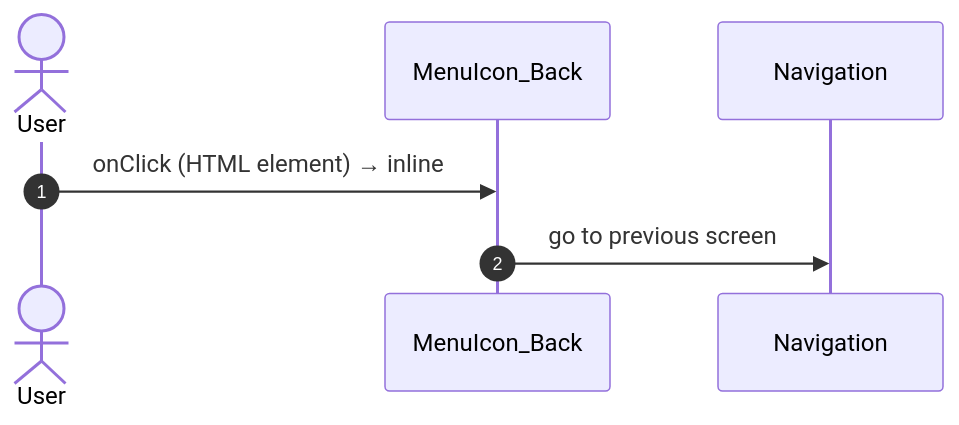
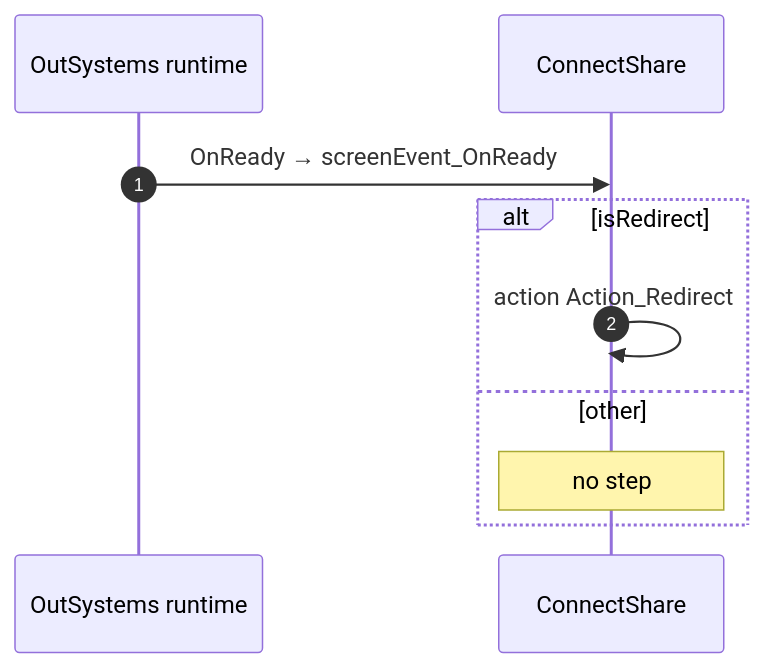
Before and after one commit to Phoenix-DX/connect-new-ui: the second of 3 diagrams in route-actions/routes/ConnectShare.md, drawn with Mermaid. The commit also changed other lines of this file and 52 other files, not shown here.

````diff
--- a/route-actions/routes/ConnectShare.md
+++ b/route-actions/routes/ConnectShare.md
@@ -94,9 +158,12 @@
 ```mermaid
 sequenceDiagram
   autonumber
-  actor U as User
-  participant B as MenuIcon_Back
-  participant N as Navigation
-  U->>B: onClick (HTML element) → inline
-  B->>N: go to previous screen
+  participant R as OutSystems runtime
+  participant B as ConnectShare
+  R->>B: OnReady → screenEvent_OnReady
+  alt isRedirect
+    B->>B: action Action_Redirect
+  else other
+    Note over B: no step
+  end
 ```
````
